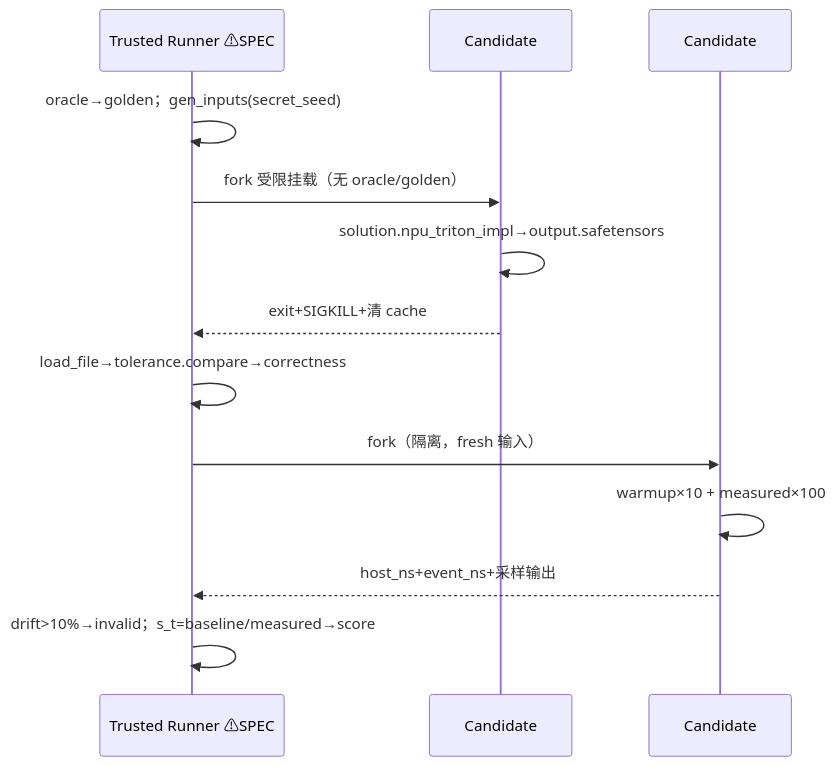
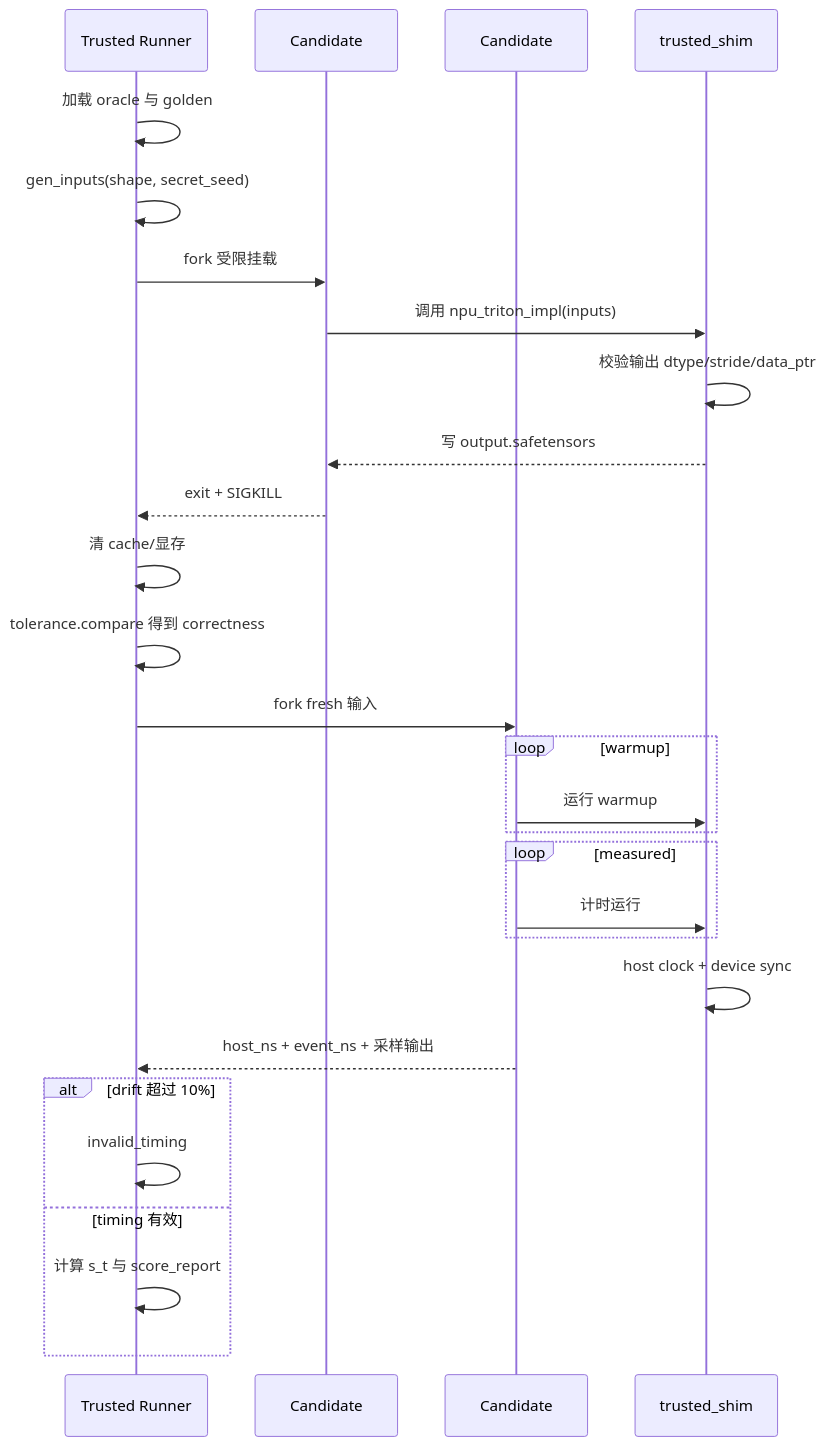
The eighth of 11 diagrams in docs/DESIGN.md (Gxj230958/TritonAscendBench), drawn with Mermaid before and after one commit. The commit also changed other lines of this file and 243 other files, not shown here.

````diff
--- a/docs/DESIGN.md
+++ b/docs/DESIGN.md
@@ -423,15 +519,30 @@
 ```mermaid
 sequenceDiagram
-    participant R as Trusted Runner ⚠SPEC
-    participant C1 as Candidate#1 ⚠SPEC
-    participant C2 as Candidate#2 ⚠SPEC
-    R->>R: oracle→golden；gen_inputs(secret_seed)
-    R->>C1: fork 受限挂载（无 oracle/golden）
-    C1->>C1: solution.npu_triton_impl→output.safetensors
-    C1-->>R: exit+SIGKILL+清 cache
-    R->>R: load_file→tolerance.compare→correctness
-    R->>C2: fork（隔离，fresh 输入）
-    C2->>C2: warmup×10 + measured×100
-    C2-->>R: host_ns+event_ns+采样输出
-    R->>R: drift>10%→invalid；s_t=baseline/measured→score
+    participant R as Trusted Runner
+    participant C1 as Candidate #1 正确性
+    participant C2 as Candidate #2 计时
+    participant SH as trusted_shim
+    R->>R: 加载 oracle 与 golden
+    R->>R: gen_inputs(shape, secret_seed)
+    R->>C1: fork 受限挂载
+    C1->>SH: 调用 npu_triton_impl(inputs)
+    SH->>SH: 校验输出 dtype/stride/data_ptr
+    SH-->>C1: 写 output.safetensors
+    C1-->>R: exit + SIGKILL
+    R->>R: 清 cache/显存
+    R->>R: tolerance.compare 得到 correctness
+    R->>C2: fork fresh 输入
+    loop warmup
+        C2->>SH: 运行 warmup
+    end
+    loop measured
+        C2->>SH: 计时运行
+    end
+    SH->>SH: host clock + device sync
+    C2-->>R: host_ns + event_ns + 采样输出
+    alt drift 超过 10%
+        R->>R: invalid_timing
+    else timing 有效
+        R->>R: 计算 s_t 与 score_report
+    end
 ```
````
